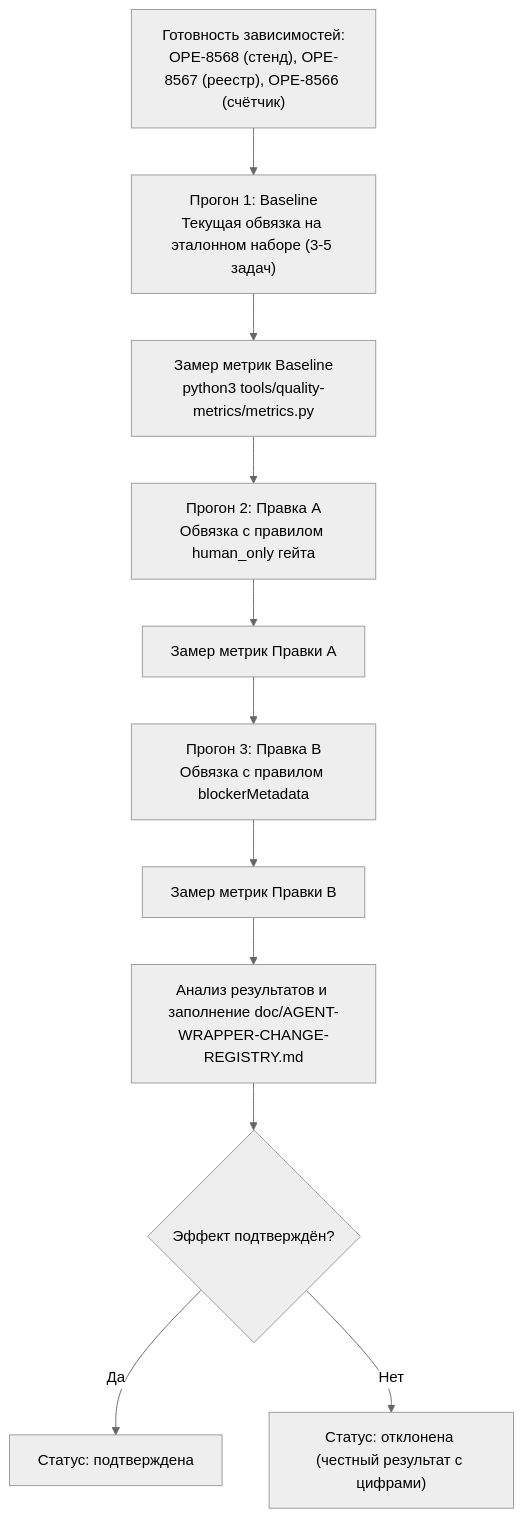
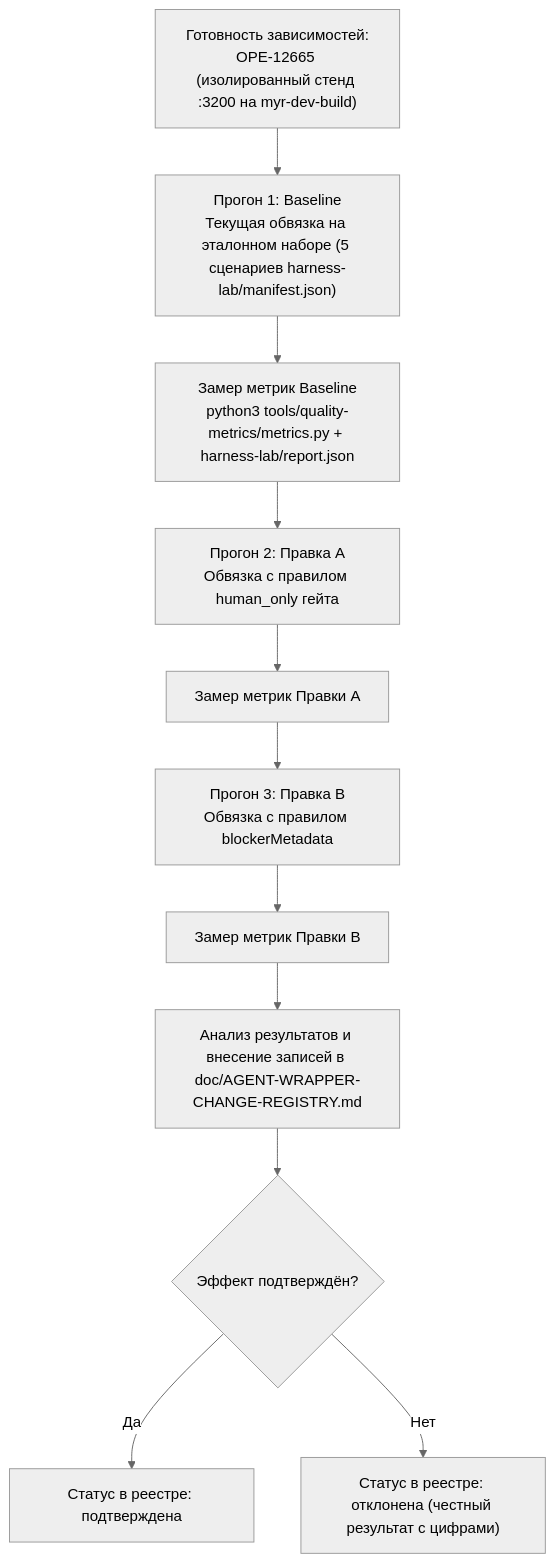
Before and after one commit to itkadr-git/myrmidon: the diagram in doc/AB-TEST-HARNESS-WRAPPER-SPEC.md, drawn with Mermaid (neutral theme). The commit also changed other lines of this file, not shown here.

First line of the commit message:
docs(harness): refresh A/B protocol dependency statuses for OPE-8569

````diff
--- a/doc/AB-TEST-HARNESS-WRAPPER-SPEC.md
+++ b/doc/AB-TEST-HARNESS-WRAPPER-SPEC.md
@@ -47,13 +50,13 @@
 ```mermaid
 flowchart TD
-    A["Готовность зависимостей:<br/>OPE-8568 (стенд), OPE-8567 (реестр), OPE-8566 (счётчик)"] --> B["Прогон 1: Baseline<br/>Текущая обвязка на эталонном наборе (3-5 задач)"]
-    B --> C["Замер метрик Baseline<br/>python3 tools/quality-metrics/metrics.py"]
+    A["Готовность зависимостей:<br/>OPE-12665 (изолированный стенд :3200 на myr-dev-build)"] --> B["Прогон 1: Baseline<br/>Текущая обвязка на эталонном наборе (5 сценариев harness-lab/manifest.json)"]
+    B --> C["Замер метрик Baseline<br/>python3 tools/quality-metrics/metrics.py + harness-lab/report.json"]
     C --> D["Прогон 2: Правка A<br/>Обвязка с правилом human_only гейта"]
     D --> E["Замер метрик Правки A"]
     E --> F["Прогон 3: Правка B<br/>Обвязка с правилом blockerMetadata"]
     F --> G["Замер метрик Правки B"]
-    G --> H["Анализ результатов и заполнение doc/AGENT-WRAPPER-CHANGE-REGISTRY.md"]
+    G --> H["Анализ результатов и внесение записей в doc/AGENT-WRAPPER-CHANGE-REGISTRY.md"]
     H --> I{"Эффект подтверждён?"}
-    I -- "Да" --> J["Статус: подтверждена"]
-    I -- "Нет" --> K["Статус: отклонена (честный результат с цифрами)"]
+    I -- "Да" --> J["Статус в реестре: подтверждена"]
+    I -- "Нет" --> K["Статус в реестре: отклонена (честный результат с цифрами)"]
 ```
````
